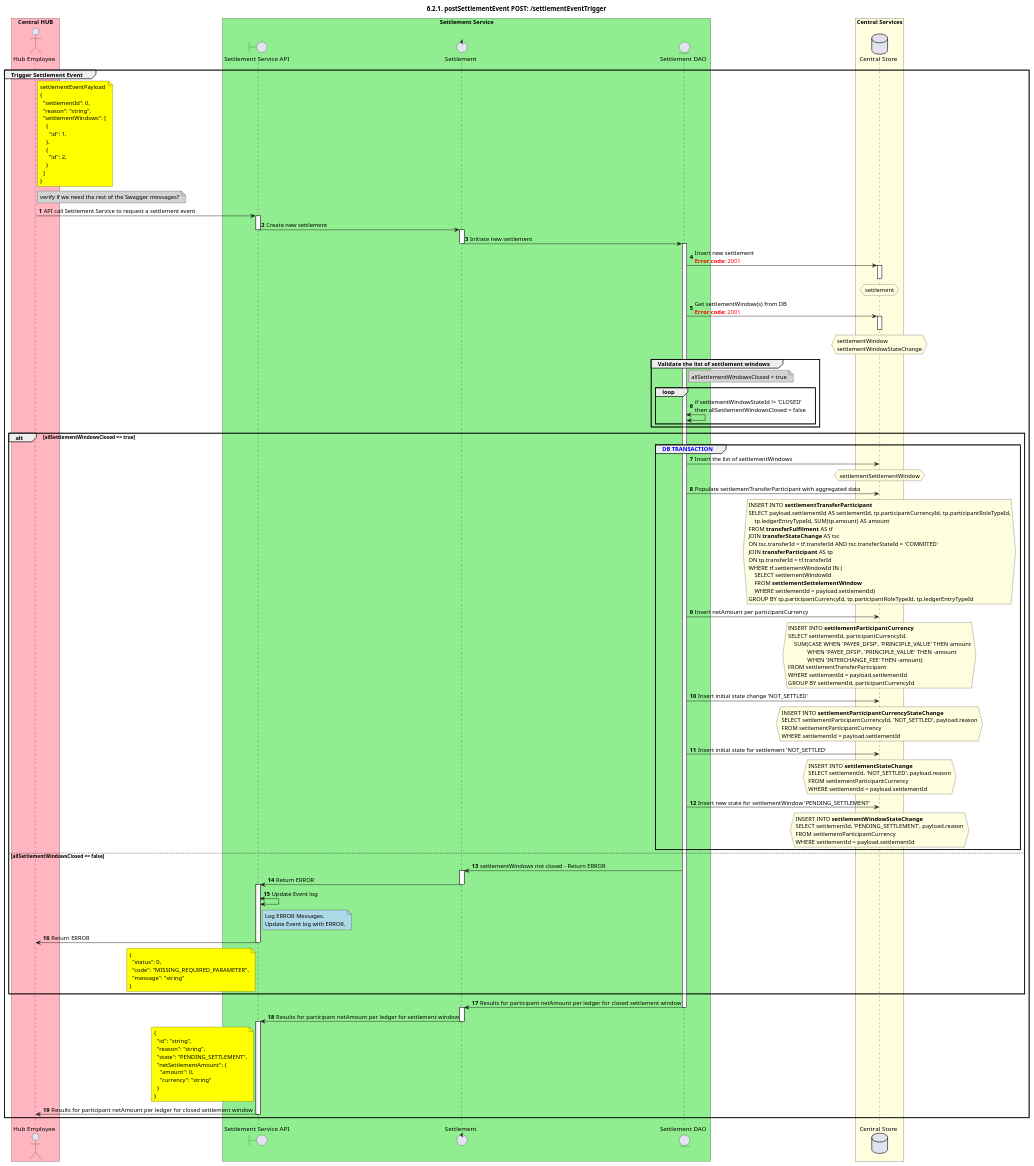
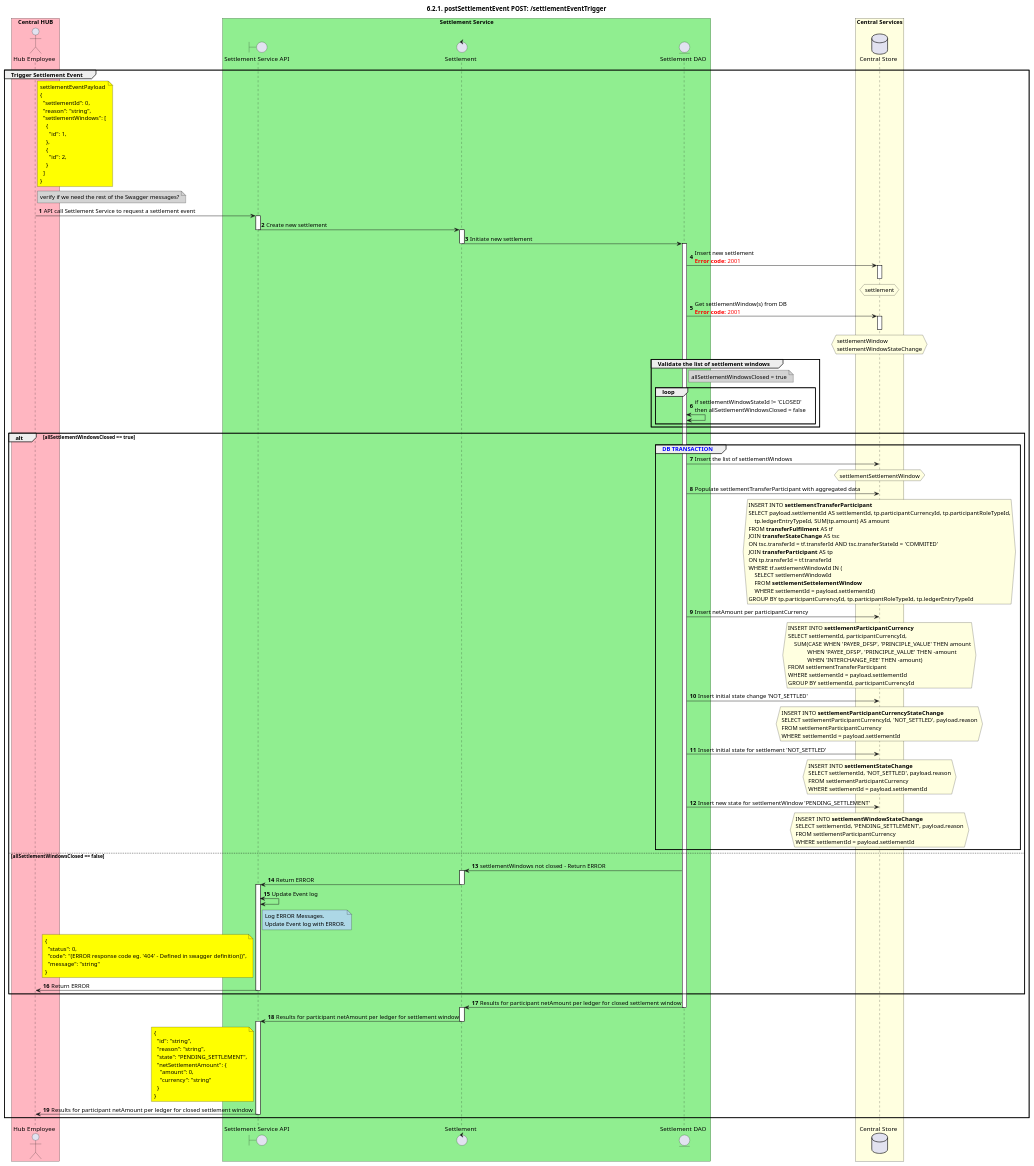
The diagram in CentralServices/seq_diagrams/seq-settlement-6.4.1.plantuml (HenkKodde/docs), drawn with PlantUML before and after one commit. The commit also changed 8 other files, not shown here.

```diff
--- a/CentralServices/seq_diagrams/seq-settlement-6.4.1.plantuml
+++ b/CentralServices/seq_diagrams/seq-settlement-6.4.1.plantuml
@@ -1,187 +1,187 @@
 @startuml
 ' declate title
 title 6.2.1. postSettlementEvent POST: /settlementEventTrigger
 
 autonumber
 
 ' Actor Keys:
 
 ' declare actors
 
 actor "Hub Employee" as OPERATOR
 
 boundary "Settlement Service API" as SSAPI
 control "Settlement" as SETTLEMENT
 entity "Settlement DAO" as SETTLE_DAO
 
 database "Central Store" as DB
 
 box "Central HUB" #LightPink
     participant OPERATOR
 end box
 
 box "Settlement Service" #LightGreen
     participant SSAPI
     participant SETTLEMENT
     participant SETTLE_DAO
 end box
 
 box "Central Services" #LightYellow
     participant DB
 end box
 
 ' start flow
 
 group Trigger Settlement Event
     note right of OPERATOR #Yellow
         settlementEventPayload
         {
           "settlementId": 0,
           "reason": "string",
           "settlementWindows": [
             {
               "id": 1,
             },
             {
               "id": 2,
             }
           ]
         }
     end note
     note right of OPERATOR #LightGray
         verify if we need the rest of the Swagger messages?
     end note
     OPERATOR -> SSAPI: API call Settlement Service to request a settlement event
     activate SSAPI
     SSAPI-> SETTLEMENT: Create new settlement
     deactivate SSAPI
     activate SETTLEMENT
     SETTLEMENT -> SETTLE_DAO: Initiate new settlement
     deactivate SETTLEMENT
     activate SETTLE_DAO
 
     SETTLE_DAO -> DB: Insert new settlement \n<color #FF0000><b>Error code:</b> 2001</color>
     activate DB
     hnote over DB #LightYellow
         settlement
     end hnote
     deactivate DB
     deactivate SETTLEMENT
     SETTLE_DAO -> DB: Get settlementWindow(s) from DB \n<color #FF0000><b>Error code:</b> 2001</color>
     activate DB
     hnote over DB #LightYellow
         settlementWindow
         settlementWindowStateChange
     end hnote
     deactivate DB
     group Validate the list of settlement windows
         note right of SETTLE_DAO #LightGray
             allSettlementWindowsClosed = true
         end note
         loop
             SETTLE_DAO <-> SETTLE_DAO: if settlementWindowStateId != 'CLOSED' \nthen allSettlementWindowsClosed = false
         end loop
     end
     alt allSettlementWindowsClosed == true
         group <color #blue>DB TRANSACTION</color>
             SETTLE_DAO -> DB: Insert the list of settlementWindows
             hnote over DB #LightYellow
                 settlementSettlementWindow
             end hnote
             SETTLE_DAO -> DB: Populate settlementTransferParticipant with aggregated data
             hnote over DB #LightYellow
                 INSERT INTO **settlementTransferParticipant**
                 SELECT payload.settlementId AS settlementId, tp.participantCurrencyId, tp.participantRoleTypeId,
                     tp.ledgerEntryTypeId, SUM(tp.amount) AS amount
                 FROM **transferFulfilment** AS tf
                 JOIN **transferStateChange** AS tsc
                 ON tsc.transferId = tf.transferId AND tsc.transferStateId = 'COMMITED'
                 JOIN **transferParticipant** AS tp
                 ON tp.transferId = tf.transferId
                 WHERE tf.settlementWindowId IN (
                     SELECT settlementWindowId
                     FROM **settlementSettelementWindow**
                     WHERE settlementId = payload.settlementId)
                 GROUP BY tp.participantCurrencyId, tp.participantRoleTypeId, tp.ledgerEntryTypeId
             end hnote
 
             SETTLE_DAO -> DB: Insert netAmount per participantCurrency
             hnote over DB #LightYellow
                 INSERT INTO **settlementParticipantCurrency**
                 SELECT settlementId, participantCurrencyId,
                     SUM(CASE WHEN 'PAYER_DFSP', 'PRINCIPLE_VALUE' THEN amount
                              WHEN 'PAYEE_DFSP', 'PRINCIPLE_VALUE' THEN -amount
                              WHEN 'INTERCHANGE_FEE' THEN -amount)
                 FROM settlementTransferParticipant
                 WHERE settlementId = payload.settlementId
                 GROUP BY settlementId, participantCurrencyId
             end hnote
 
             SETTLE_DAO -> DB: Insert initial state change 'NOT_SETTLED'
             hnote over DB #LightYellow
                 INSERT INTO **settlementParticipantCurrencyStateChange**
                 SELECT settlementParticipantCurrencyId, 'NOT_SETTLED', payload.reason
                 FROM settlementParticipantCurrency
                 WHERE settlementId = payload.settlementId
             end hnote
 
             SETTLE_DAO -> DB: Insert initial state for settlement 'NOT_SETTLED'
             hnote over DB #LightYellow
                 INSERT INTO **settlementStateChange**
                 SELECT settlementId, 'NOT_SETTLED', payload.reason
                 FROM settlementParticipantCurrency
                 WHERE settlementId = payload.settlementId
             end hnote
 
             SETTLE_DAO -> DB: Insert new state for settlementWindow 'PENDING_SETTLEMENT'
             hnote over DB #LightYellow
                 INSERT INTO **settlementWindowStateChange**
                 SELECT settlementId, 'PENDING_SETTLEMENT', payload.reason
                 FROM settlementParticipantCurrency
                 WHERE settlementId = payload.settlementId
             end hnote
         end
 
     else allSettlementWindowsClosed == false
         SETTLE_DAO -> SETTLEMENT: settlementWindows not closed - Return ERROR
         activate SETTLEMENT
         SETTLEMENT -> SSAPI: Return ERROR
         deactivate SETTLEMENT
         activate SSAPI
         SSAPI <-> SSAPI: Update Event log
         note right of SSAPI #LightBlue
             Log ERROR Messages.
             Update Event log with ERROR.
             end note
-        OPERATOR <- SSAPI: Return ERROR
         note left of SSAPI #Yellow
             {
               "status": 0,
-              "code": "MISSING_REQUIRED_PARAMETER",
+              "code": "(ERROR response code eg. '404' - Defined in swagger definition))",
               "message": "string"
             }
         end note
+        OPERATOR <- SSAPI: Return ERROR
         deactivate SSAPI
     end
 
     SETTLEMENT <- SETTLE_DAO: Results for participant netAmount per ledger for closed settlement window
     deactivate SETTLE_DAO
     activate SETTLEMENT
     SETTLEMENT -> SSAPI: Results for participant netAmount per ledger for settlement window
     note left of SSAPI #Yellow
         {
           "id": "string",
           "reason": "string",
           "state": "PENDING_SETTLEMENT",
           "netSettlementAmount": {
             "amount": 0,
             "currency": "string"
           }
         }
     end note
     deactivate SETTLEMENT
     activate SSAPI
     SSAPI -> OPERATOR: Results for participant netAmount per ledger for closed settlement window
     deactivate SSAPI
 end
 @enduml
```
